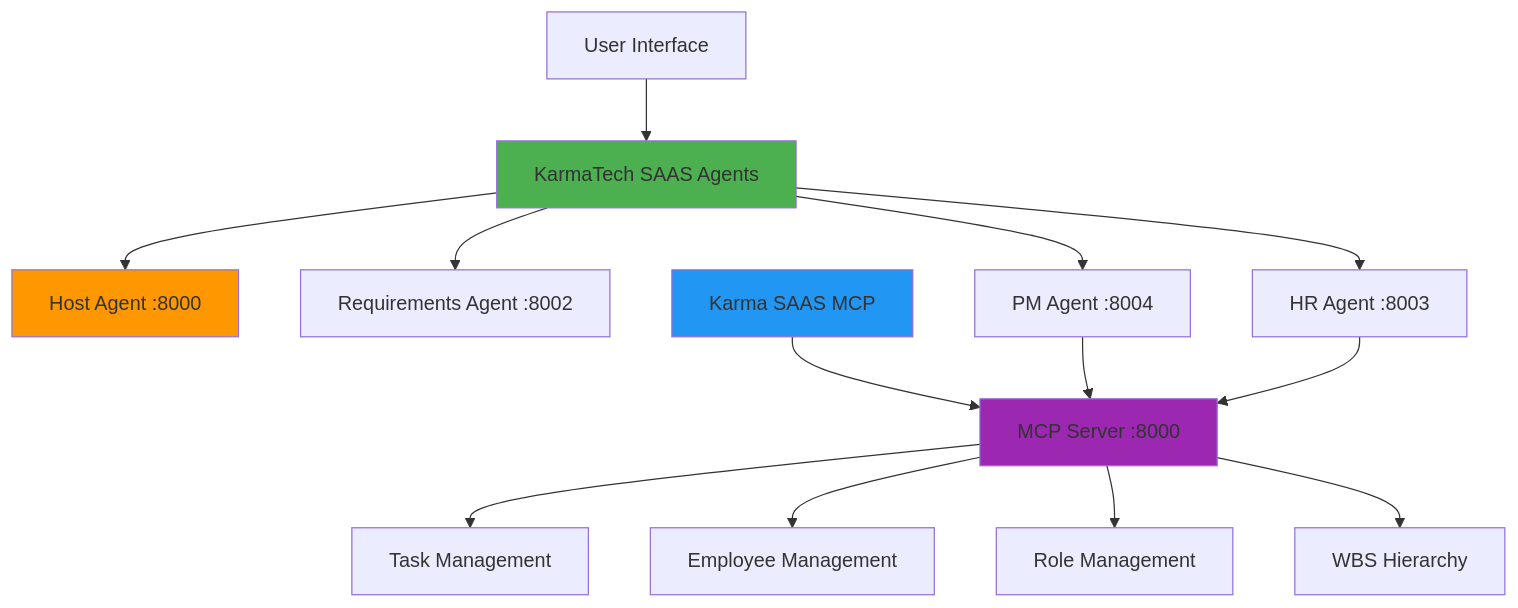
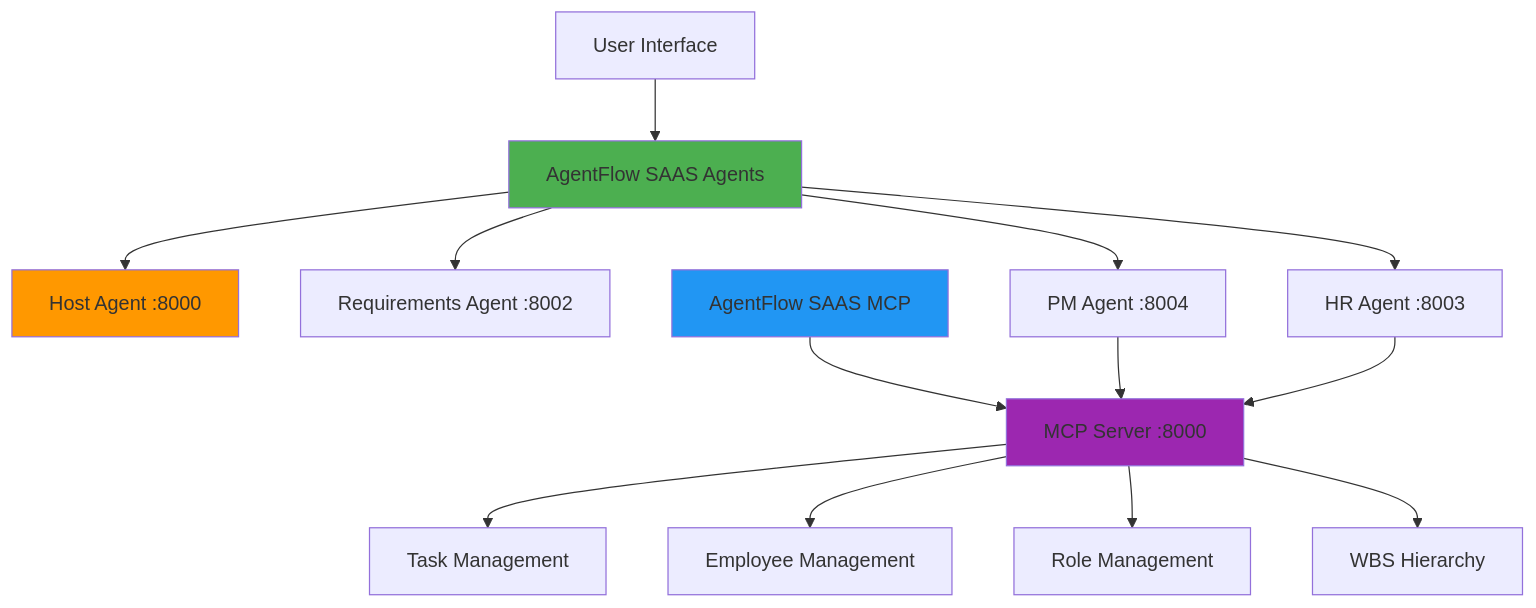
Before and after one commit to iamadityavarma/Agentic-AI-System: the diagram in README.md, drawn with Mermaid. The commit also changed other lines of this file, not shown here.

First line of the commit message:
Rebrand from Karma/KarmaTech to AgentFlow

````diff
--- a/README.md
+++ b/README.md
@@ -7,22 +7,22 @@
 ```mermaid
 graph TB
-    A[User Interface] --> B[KarmaTech SAAS Agents]
+    A[User Interface] --> B[AgentFlow SAAS Agents]
     B --> C[Host Agent :8000]
     B --> D[Requirements Agent :8002]
     B --> E[PM Agent :8004]
     B --> F[HR Agent :8003]
     
-    G[Karma SAAS MCP] --> H[MCP Server :8000]
+    G[AgentFlow SAAS MCP] --> H[MCP Server :8000]
     H --> I[Task Management]
     H --> J[Employee Management]
     H --> K[Role Management]
     H --> L[WBS Hierarchy]
     
     E --> H
     F --> H
     
     style B fill:#4CAF50
     style G fill:#2196F3
     style C fill:#FF9800
     style H fill:#9C27B0
 ```
````
